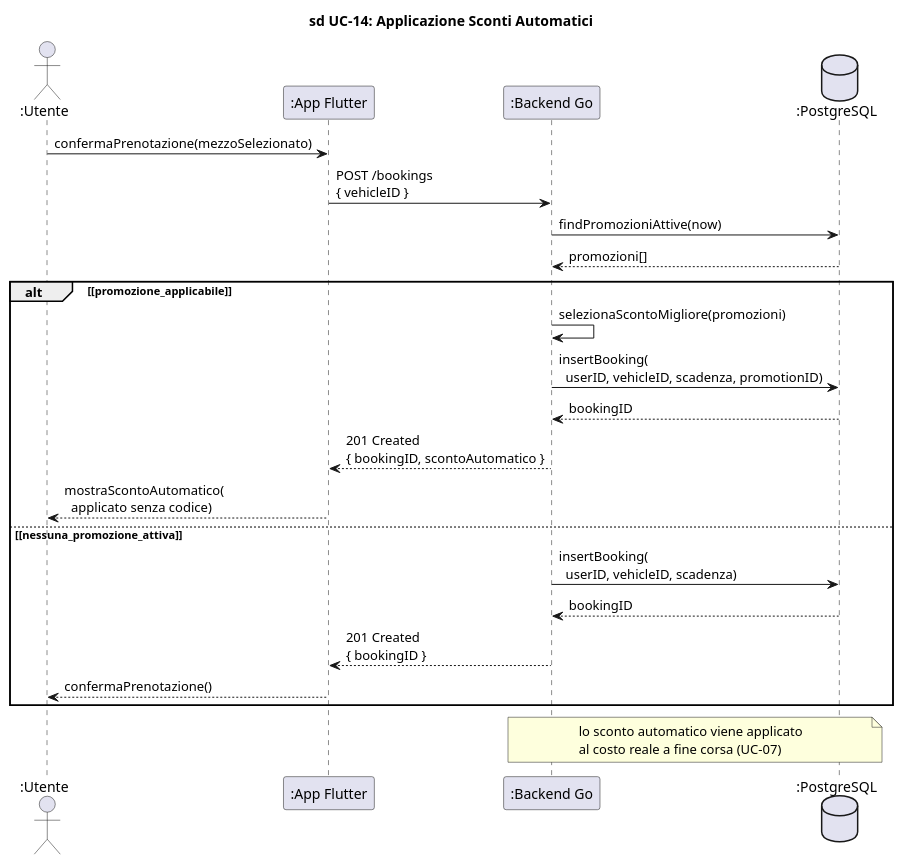
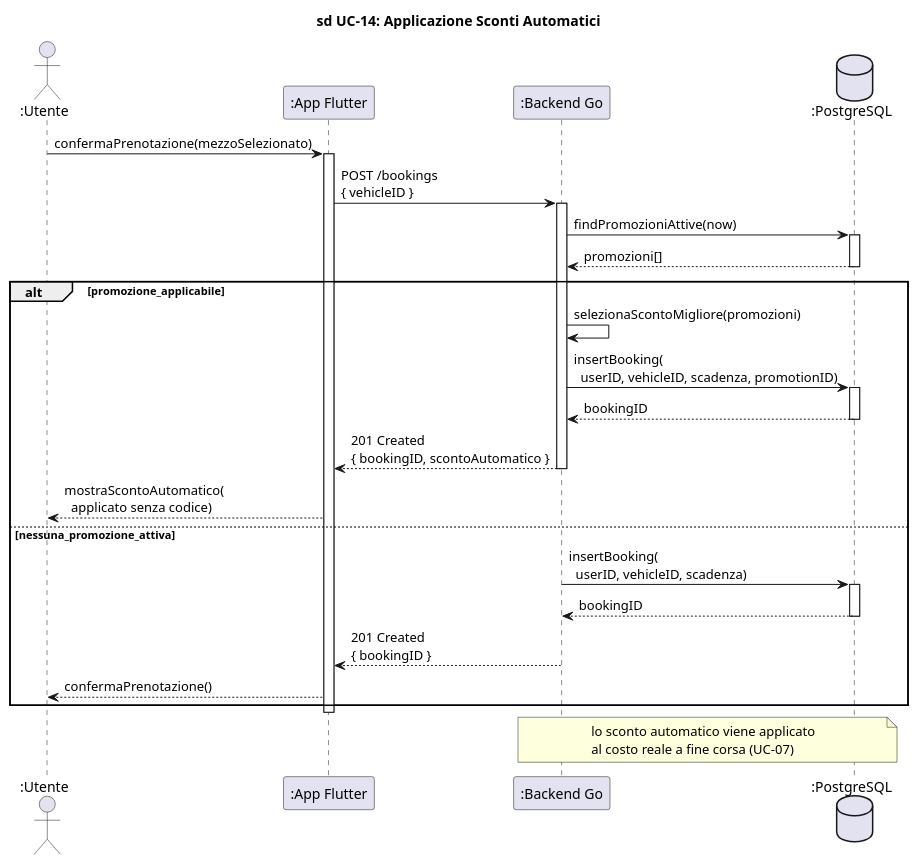
Before and after one commit to Lorisforse/Zipply: the diagram in docs/diagrams/puml/Sprint 2/sd_UC14_ScontiAutomatici.puml, drawn with PlantUML. The commit also changed 65 other files, not shown here.

Commit message:
Aggiunta UML sprint 3

```diff
--- a/docs/diagrams/puml/Sprint 2/sd_UC14_ScontiAutomatici.puml
+++ b/docs/diagrams/puml/Sprint 2/sd_UC14_ScontiAutomatici.puml
@@ -1,35 +1,47 @@
 @startuml sd_UC14_ScontiAutomatici
 
 title sd UC-14: Applicazione Sconti Automatici
 
 skinparam hyperlinkColor black
 skinparam hyperlinkUnderline false
 
 actor ":Utente" as Utente
 participant ":App Flutter" as App
 participant ":Backend Go" as Backend
 database ":PostgreSQL" as DB
 
 Utente -> App : confermaPrenotazione(mezzoSelezionato)
+activate App
 
 App -> Backend : POST /bookings\n{ vehicleID }
+activate Backend
 
 Backend -> DB : findPromozioniAttive(now)
+activate DB
 DB --> Backend : promozioni[]
+deactivate DB
 
-alt ~[promozione_applicabile~]
+alt promozione_applicabile
     Backend -> Backend : selezionaScontoMigliore(promozioni)
     Backend -> DB : insertBooking(\n  userID, vehicleID, scadenza, promotionID)
+    activate DB
     DB --> Backend : bookingID
+    deactivate DB
     Backend --> App : 201 Created\n{ bookingID, scontoAutomatico }
+    deactivate Backend
     App --> Utente : mostraScontoAutomatico(\n  applicato senza codice)
-else ~[nessuna_promozione_attiva~]
+else nessuna_promozione_attiva
     Backend -> DB : insertBooking(\n  userID, vehicleID, scadenza)
+    activate DB
     DB --> Backend : bookingID
+    deactivate DB
     Backend --> App : 201 Created\n{ bookingID }
+    deactivate Backend
     App --> Utente : confermaPrenotazione()
 end
+
+deactivate App
 
 note over Backend, DB : lo sconto automatico viene applicato\nal costo reale a fine corsa (UC-07)
 
 @enduml
```
